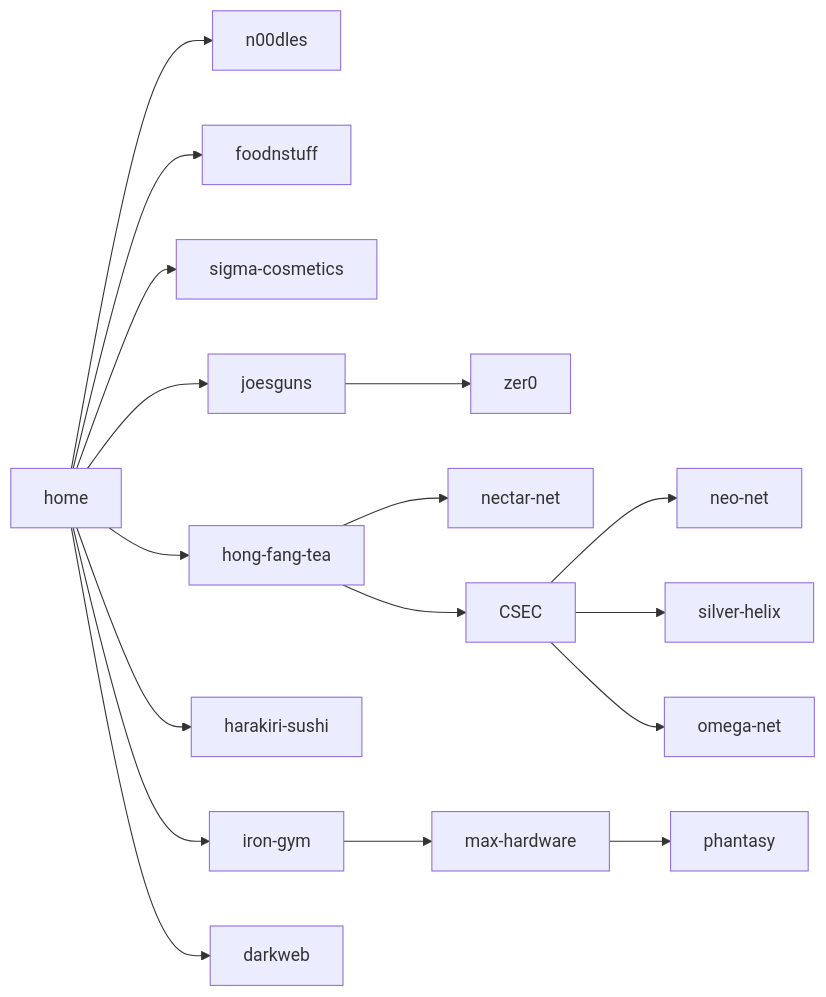
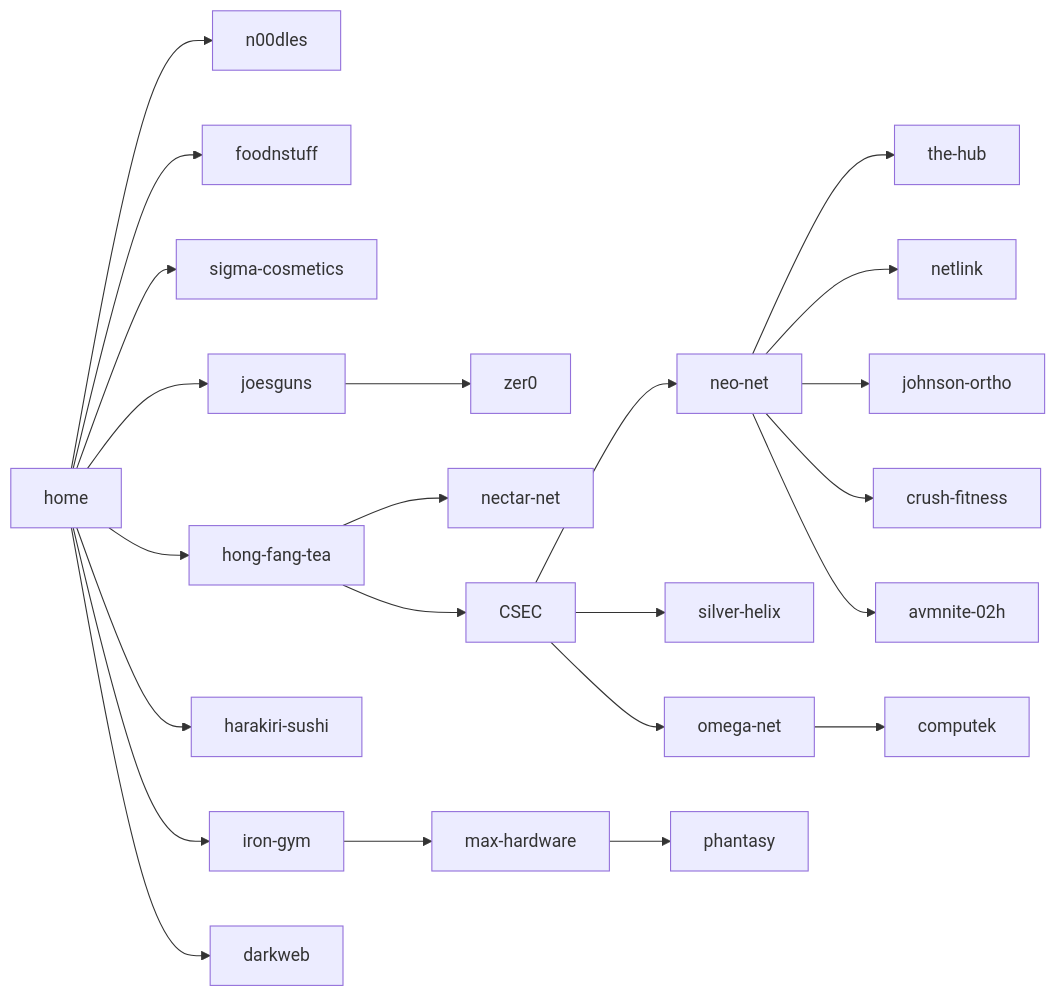
Before and after one commit to edernucci/bitburner-network-map: the diagram in README.md, drawn with Mermaid.

````diff
--- a/README.md
+++ b/README.md
@@ -3,24 +3,32 @@
 ```mermaid
 flowchart LR
   home --> n00dles
   home --> foodnstuff
   home --> sigma-cosmetics
   home --> joesguns
   home --> hong-fang-tea
   home --> harakiri-sushi
   home --> iron-gym
   home --> darkweb
   
   joesguns --> zer0
   
   hong-fang-tea --> nectar-net
   hong-fang-tea --> CSEC
   
   iron-gym --> max-hardware
   
   max-hardware --> phantasy
   
   CSEC --> neo-net
   CSEC --> silver-helix
   CSEC --> omega-net
+  
+  neo-net --> the-hub
+  neo-net --> netlink
+  neo-net --> johnson-ortho
+  neo-net --> crush-fitness
+  neo-net --> avmnite-02h
+  
+  omega-net --> computek
 ```
````
